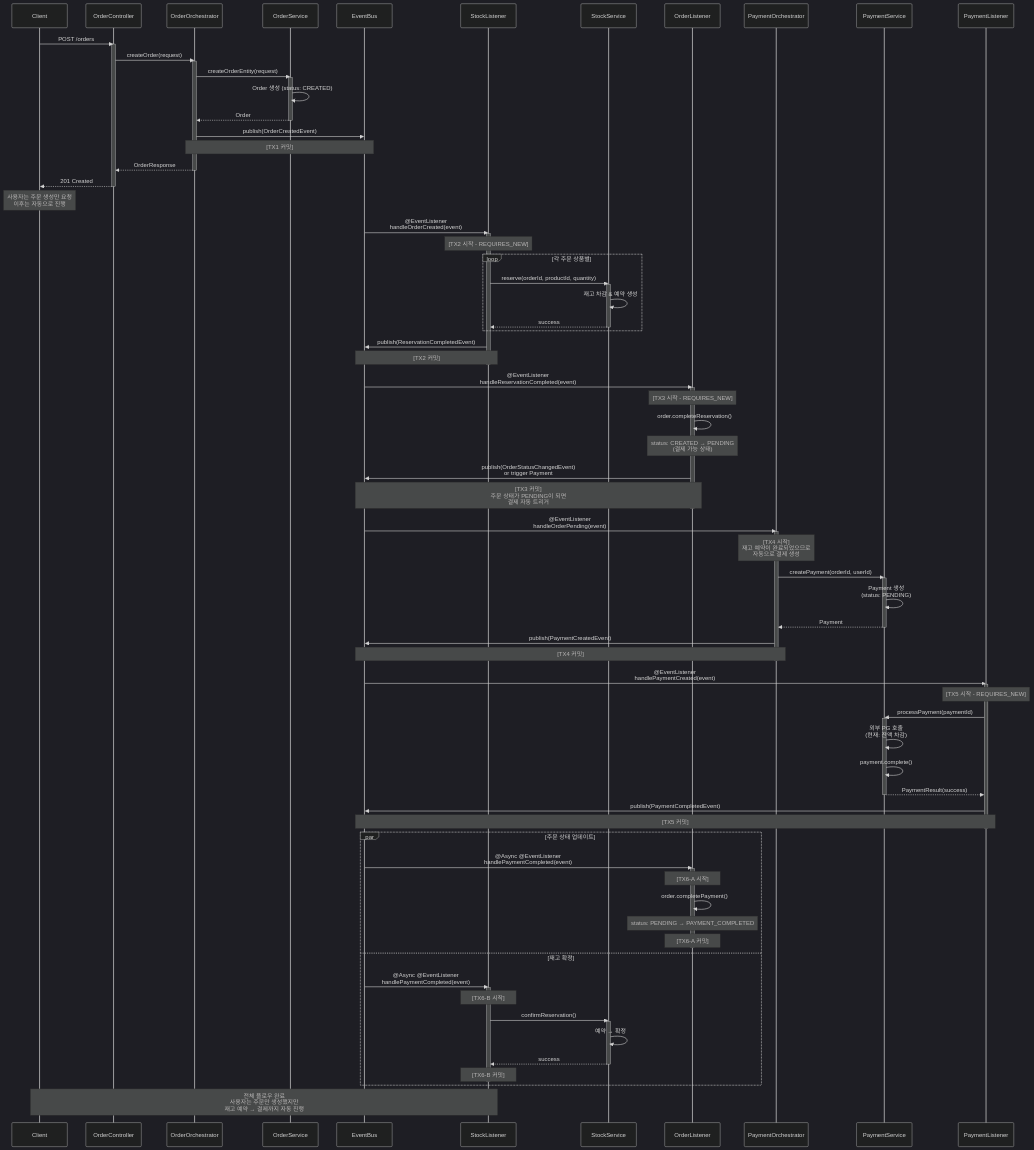
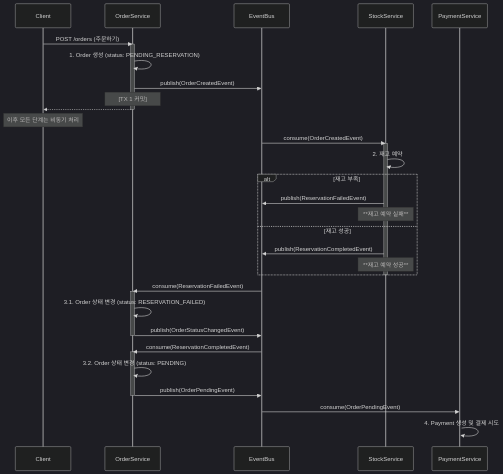
The first of 3 diagrams in docs/STEP16_REPORT.md (crocusia/e-commerce_hanghae99), drawn with Mermaid (dark theme) before and after one commit. The commit also changed other lines of this file, not shown here.

Commit message:
[Feat] 시퀀스 다이어그램 추가

````diff
--- a/docs/STEP16_REPORT.md
+++ b/docs/STEP16_REPORT.md
@@ -68,119 +68,51 @@
 ```mermaid
 sequenceDiagram
-      participant Client
-      participant OrderController
-      participant OrderOrchestrator
-      participant OrderService
-      participant EventBus
-      participant StockListener
-      participant StockService
-      participant OrderListener
-      participant PaymentOrchestrator
-      participant PaymentService
-      participant PaymentListener
+    participant Client
+    participant OrderService
+    participant EventBus
+    participant StockService
+    participant PaymentService
 
-      %% 1. 주문 생성
-      Client->>OrderController: POST /orders
-      activate OrderController
-      OrderController->>OrderOrchestrator: createOrder(request)
-      activate OrderOrchestrator
+    %% 1. 주문 생성 (동기)
+    Client->>OrderService: POST /orders (주문하기)
+    activate OrderService
+    OrderService->>OrderService: 1. Order 생성 (status: PENDING_RESERVATION)
+    OrderService->>EventBus: publish(OrderCreatedEvent)
+    Note over OrderService: [TX 1 커밋]
+    OrderService-->>Client: 
+    deactivate OrderService
 
-      OrderOrchestrator->>OrderService: createOrderEntity(request)
-      activate OrderService
-      OrderService->>OrderService: Order 생성 (status: CREATED)
-      OrderService-->>OrderOrchestrator: Order
-      deactivate OrderService
+    Note over Client: 이후 모든 단계는 비동기 처리
 
-      OrderOrchestrator->>EventBus: publish(OrderCreatedEvent)
-      Note over OrderOrchestrator,EventBus: [TX1 커밋]
-      OrderOrchestrator-->>OrderController: OrderResponse
-      deactivate OrderOrchestrator
-      OrderController-->>Client: 201 Created
-      deactivate OrderController
+    %% 2. 재고 예약 (비동기 - StockService)
+    EventBus->>StockService: consume(OrderCreatedEvent)
+    activate StockService
+    StockService->>StockService: 2. 재고 예약
+    
+    alt 재고 부족
+        StockService->>EventBus: publish(ReservationFailedEvent)
+        Note over StockService: **재고 예약 실패**
+    else 재고 성공
+        StockService->>EventBus: publish(ReservationCompletedEvent)
+        Note over StockService: **재고 예약 성공**
+    end
+    deactivate StockService
+    
+    %% 3.1. [실패] 재고 예약 실패 시 주문 취소
+    EventBus->>OrderService: consume(ReservationFailedEvent)
+    activate OrderService
+    OrderService->>OrderService: 3.1. Order 상태 변경 (status: RESERVATION_FAILED)
+    OrderService->>EventBus: publish(OrderStatusChangedEvent)
+    deactivate OrderService
 
-      Note over Client: 사용자는 주문 생성만 요청<br/>이후는 자동으로 진행
+    %% 3.2. [성공] 재고 예약 완료 시 결제 시도
+    EventBus->>OrderService: consume(ReservationCompletedEvent)
+    activate OrderService
+    OrderService->>OrderService: 3.2. Order 상태 변경 (status: PENDING)
+    OrderService->>EventBus: publish(OrderPendingEvent)
+    deactivate OrderService
 
-      %% 2. 재고 예약 (비동기)
-      EventBus->>StockListener: @EventListener<br/>handleOrderCreated(event)
-      activate StockListener
-      Note over StockListener: [TX2 시작 - REQUIRES_NEW]
-
-      loop 각 주문 상품별
-          StockListener->>StockService: reserve(orderId, productId, quantity)
-          activate StockService
-          StockService->>StockService: 재고 차감 & 예약 생성
-          StockService-->>StockListener: success
-          deactivate StockService
-      end
-
-      StockListener->>EventBus: publish(ReservationCompletedEvent)
-      Note over StockListener,EventBus: [TX2 커밋]
-      deactivate StockListener
-
-      %% 3. 주문 상태 업데이트 (재고 예약 완료)
-      EventBus->>OrderListener: @EventListener<br/>handleReservationCompleted(event)
-      activate OrderListener
-      Note over OrderListener: [TX3 시작 - REQUIRES_NEW]
-
-      OrderListener->>OrderListener: order.completeReservation()
-      Note over OrderListener: status: CREATED → PENDING<br/>(결제 가능 상태)
-
-      OrderListener->>EventBus: publish(OrderStatusChangedEvent)<br/>or trigger Payment
-      Note over OrderListener,EventBus: [TX3 커밋]<br/>주문 상태가 PENDING이 되면<br/>결제 자동 트리거
-      deactivate OrderListener
-
-      %% 4. 결제 자동 생성 (새로운 부분)
-      EventBus->>PaymentOrchestrator: @EventListener<br/>handleOrderPending(event)
-      activate PaymentOrchestrator
-      Note over PaymentOrchestrator: [TX4 시작]<br/>재고 예약이 완료되었으므로<br/>자동으로 결제 생성
-
-      PaymentOrchestrator->>PaymentService: createPayment(orderId, userId)
-      activate PaymentService
-      PaymentService->>PaymentService: Payment 생성<br/>(status: PENDING)
-      PaymentService-->>PaymentOrchestrator: Payment
-      deactivate PaymentService
-
-      PaymentOrchestrator->>EventBus: publish(PaymentCreatedEvent)
-      Note over PaymentOrchestrator,EventBus: [TX4 커밋]
-      deactivate PaymentOrchestrator
-
-      %% 5. 결제 처리
-      EventBus->>PaymentListener: @EventListener<br/>handlePaymentCreated(event)
-      activate PaymentListener
-      Note over PaymentListener: [TX5 시작 - REQUIRES_NEW]
-
-      PaymentListener->>PaymentService: processPayment(paymentId)
-      activate PaymentService
-      PaymentService->>PaymentService: 외부 PG 호출<br/>(현재: 잔액 차감)
-      PaymentService->>PaymentService: payment.complete()
-      PaymentService-->>PaymentListener: PaymentResult(success)
-      deactivate PaymentService
-
-      PaymentListener->>EventBus: publish(PaymentCompletedEvent)
-      Note over PaymentListener,EventBus: [TX5 커밋]
-      deactivate PaymentListener
-
-      %% 6. 결제 완료 후처리 (병렬)
-      par 주문 상태 업데이트
-          EventBus->>OrderListener: @Async @EventListener<br/>handlePaymentCompleted(event)
-          activate OrderListener
-          Note over OrderListener: [TX6-A 시작]
-          OrderListener->>OrderListener: order.completePayment()
-          Note over OrderListener: status: PENDING → PAYMENT_COMPLETED
-          Note over OrderListener: [TX6-A 커밋]
-          deactivate OrderListener
-      and 재고 확정
-          EventBus->>StockListener: @Async @EventListener<br/>handlePaymentCompleted(event)
-          activate StockListener
-          Note over StockListener: [TX6-B 시작]
-          StockListener->>StockService: confirmReservation()
-          activate StockService
-          StockService->>StockService: 예약 → 확정
-          StockService-->>StockListener: success
-          deactivate StockService
-          Note over StockListener: [TX6-B 커밋]
-          deactivate StockListener
-      end
-
-      Note over Client,StockListener: 전체 플로우 완료<br/>사용자는 주문만 생성했지만<br/>재고 예약 → 결제까지 자동 진행
+    EventBus->>PaymentService: consume(OrderPendingEvent)
+    activate PaymentService
+    PaymentService->>PaymentService: 4. Payment 생성 및 결제 시도
 ```
````
